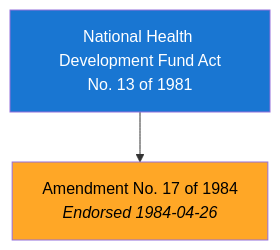
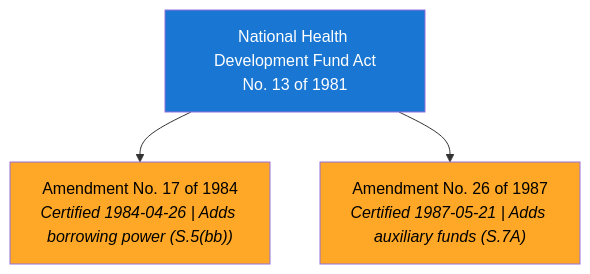
Before and after one commit to LDFLK/research: the first of 4 diagrams in docs/docs/ministry-deep-dive/act-lineage/national-health-dev-fund/lineage.md, drawn with Mermaid. The commit also changed other lines of this file and 4 other files, not shown here.

First line of the commit message:
feat(health): add Amendment No. 26 of 1987 to NHDF deep dive

````diff
--- a/docs/docs/ministry-deep-dive/act-lineage/national-health-dev-fund/lineage.md
+++ b/docs/docs/ministry-deep-dive/act-lineage/national-health-dev-fund/lineage.md
@@ -14,10 +14,13 @@
 ```mermaid
 flowchart TD
-    A["National Health Development Fund Act<br/>No. 13 of 1981"] --> B["Amendment No. 17 of 1984<br/><i>Endorsed 1984-04-26</i>"]
+    A["National Health Development Fund Act<br/>No. 13 of 1981"] --> B["Amendment No. 17 of 1984<br/><i>Certified 1984-04-26 | Adds borrowing power (S.5(bb))</i>"]
+    A --> C["Amendment No. 26 of 1987<br/><i>Certified 1987-05-21 | Adds auxiliary funds (S.7A)</i>"]
 
     click A "https://www.lawnet.gov.lk/national-health-development-fund-3/" "View Act (LawNet)" _blank
-    click B "https://documents.gov.lk/view/acts/1984/4/17-1984_E.pdf" "View amendment PDF" _blank
+    click B "https://www.srilankalaw.lk/YearWisePdf/1984/NATIONAL%20HEALTH%20DEVELOPMENT%20FUND%20(AMENDMENT)%20ACT,%20NO.%2017%20OF%201984.pdf" "View amendment PDF (srilankalaw.lk)" _blank
+    click C "http://www.lawnet.gov.lk/wp-content/uploads/Law%20Site/4-stats_1956_2006/set4/1987Y0V0C26A.html" "View amendment (LawNet HTML)" _blank
 
     style A fill:#1976D2,color:#fff
     style B fill:#FFA726,color:#000
+    style C fill:#FFA726,color:#000
 ```
````
